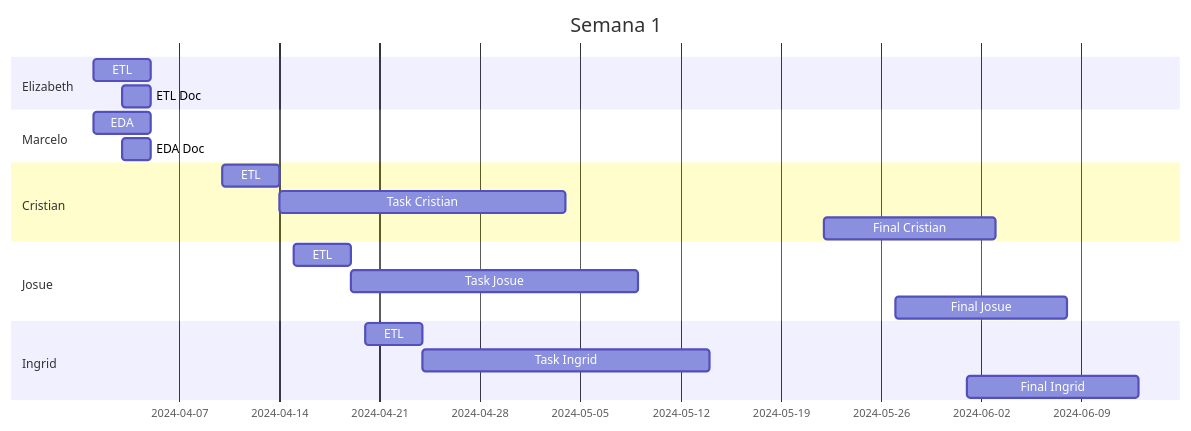
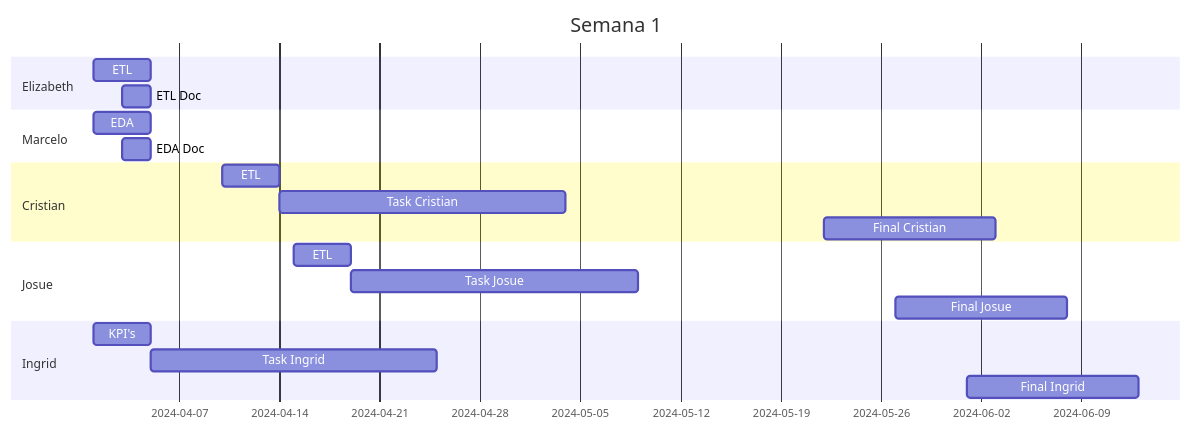
The diagram in README.md (marceloyuba/SDT), drawn with Mermaid before and after one commit.

````diff
--- a/README.md
+++ b/README.md
@@ -9,29 +9,29 @@
 ```mermaid
 gantt
     title Semana 1
 
   section Elizabeth
     ETL           :a1, 2024-04-01, 4d
     ETL Doc    :after a1, 2024-04-03, 2d
 
     section Marcelo
     EDA           :a2, 2024-04-01, 4d
     EDA Doc       :2024-04-03, 2d
 
     section Cristian
      ETL           :a3, 2024-04-10, 4d
     Task Cristian    :after a3 + 2d, 20d
     Final Cristian    : 2024-05-22  , 12d
 
     section Josue
      ETL           :a4, 2024-04-15, 4d
     Task Josue    :after a4 + 2d, 20d
     Final Josue    : 2024-05-27  , 12d
 
     section Ingrid
-     ETL           :a5, 2024-04-20, 4d
+    KPI's          :a5, 2024-04-01, 4d
     Task Ingrid    :after a5 + 2d, 20d
     Final Ingrid    : 2024-06-01  , 12d
 
 
 ```
````
